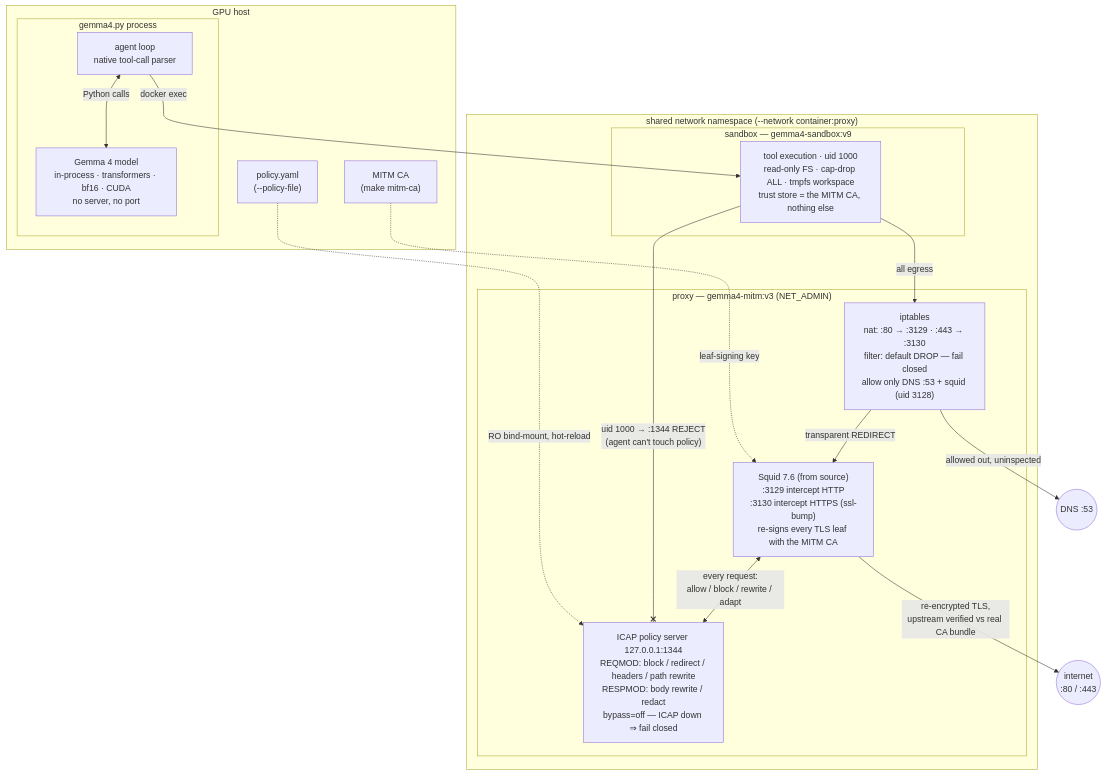
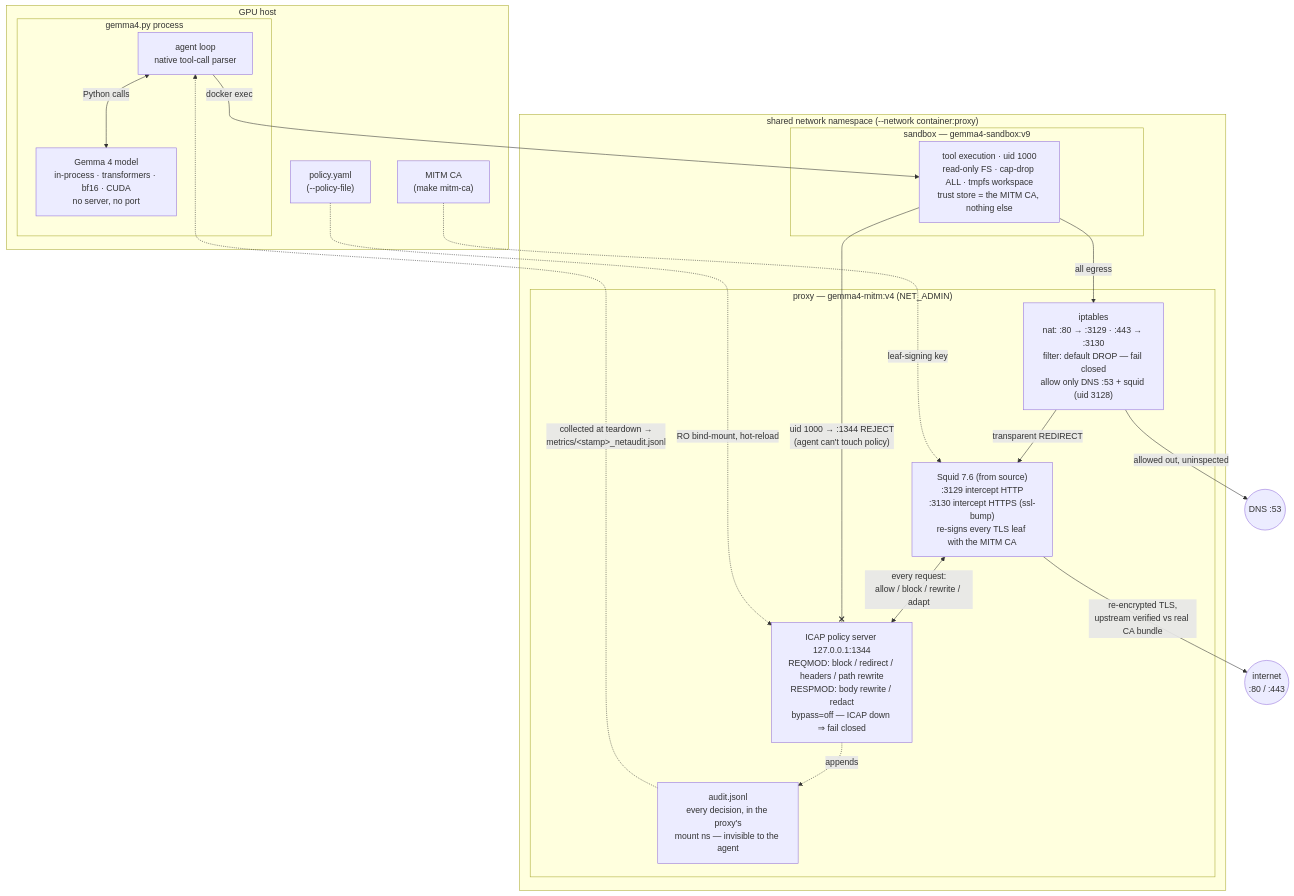
Before and after one commit to MiWCryptAnalytics/gemma4-harness-exp: the diagram in README.md, drawn with Mermaid. The commit also changed other lines of this file and 28 other files, not shown here.

````diff
--- a/README.md
+++ b/README.md
@@ -133,36 +213,39 @@
 ```mermaid
 flowchart TB
     subgraph HOST["GPU host"]
         subgraph PROC["gemma4.py process"]
             LOOP["agent loop<br/>native tool-call parser"]
             MODEL["Gemma 4 model<br/>in-process · transformers · bf16 · CUDA<br/>no server, no port"]
             LOOP <-->|"Python calls"| MODEL
         end
         POLICY["policy.yaml<br/>(--policy-file)"]
         CA["MITM CA<br/>(make mitm-ca)"]
     end
 
     subgraph NETNS["shared network namespace (--network container:proxy)"]
         subgraph SBX["sandbox — gemma4-sandbox:v9"]
             AGENT["tool execution · uid 1000<br/>read-only FS · cap-drop ALL · tmpfs workspace<br/>trust store = the MITM CA, nothing else"]
         end
-        subgraph PRX["proxy — gemma4-mitm:v3 (NET_ADMIN)"]
+        subgraph PRX["proxy — gemma4-mitm:v4 (NET_ADMIN)"]
             IPT["iptables<br/>nat: :80 → :3129 · :443 → :3130<br/>filter: default DROP — fail closed<br/>allow only DNS :53 + squid (uid 3128)"]
             SQUID["Squid 7.6 (from source)<br/>:3129 intercept HTTP<br/>:3130 intercept HTTPS (ssl-bump)<br/>re-signs every TLS leaf with the MITM CA"]
             ICAP["ICAP policy server 127.0.0.1:1344<br/>REQMOD: block / redirect / headers / path rewrite<br/>RESPMOD: body rewrite / redact<br/>bypass=off — ICAP down ⇒ fail closed"]
+            AUDIT["audit.jsonl<br/>every decision, in the proxy's<br/>mount ns — invisible to the agent"]
         end
     end
 
     WEB(("internet<br/>:80 / :443"))
     DNS(("DNS :53"))
 
     LOOP -->|"docker exec"| AGENT
     AGENT -->|"all egress"| IPT
     IPT -->|"transparent REDIRECT"| SQUID
     SQUID <-->|"every request:<br/>allow / block / rewrite / adapt"| ICAP
     SQUID -->|"re-encrypted TLS,<br/>upstream verified vs real CA bundle"| WEB
     IPT -->|"allowed out, uninspected"| DNS
     AGENT --x|"uid 1000 → :1344 REJECT<br/>(agent can't touch policy)"| ICAP
     POLICY -.->|"RO bind-mount, hot-reload"| ICAP
     CA -.->|"leaf-signing key"| SQUID
+    ICAP -.->|"appends"| AUDIT
+    AUDIT -.->|"collected at teardown →<br/>metrics/&lt;stamp&gt;_netaudit.jsonl"| LOOP
 ```
````
